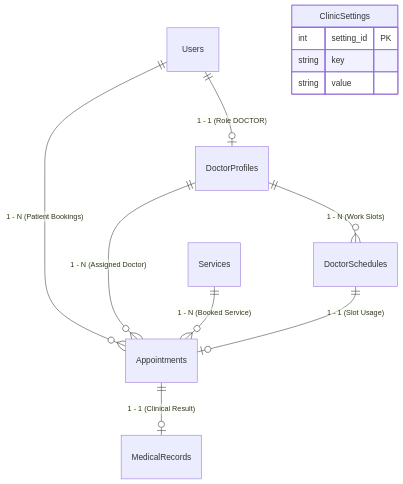
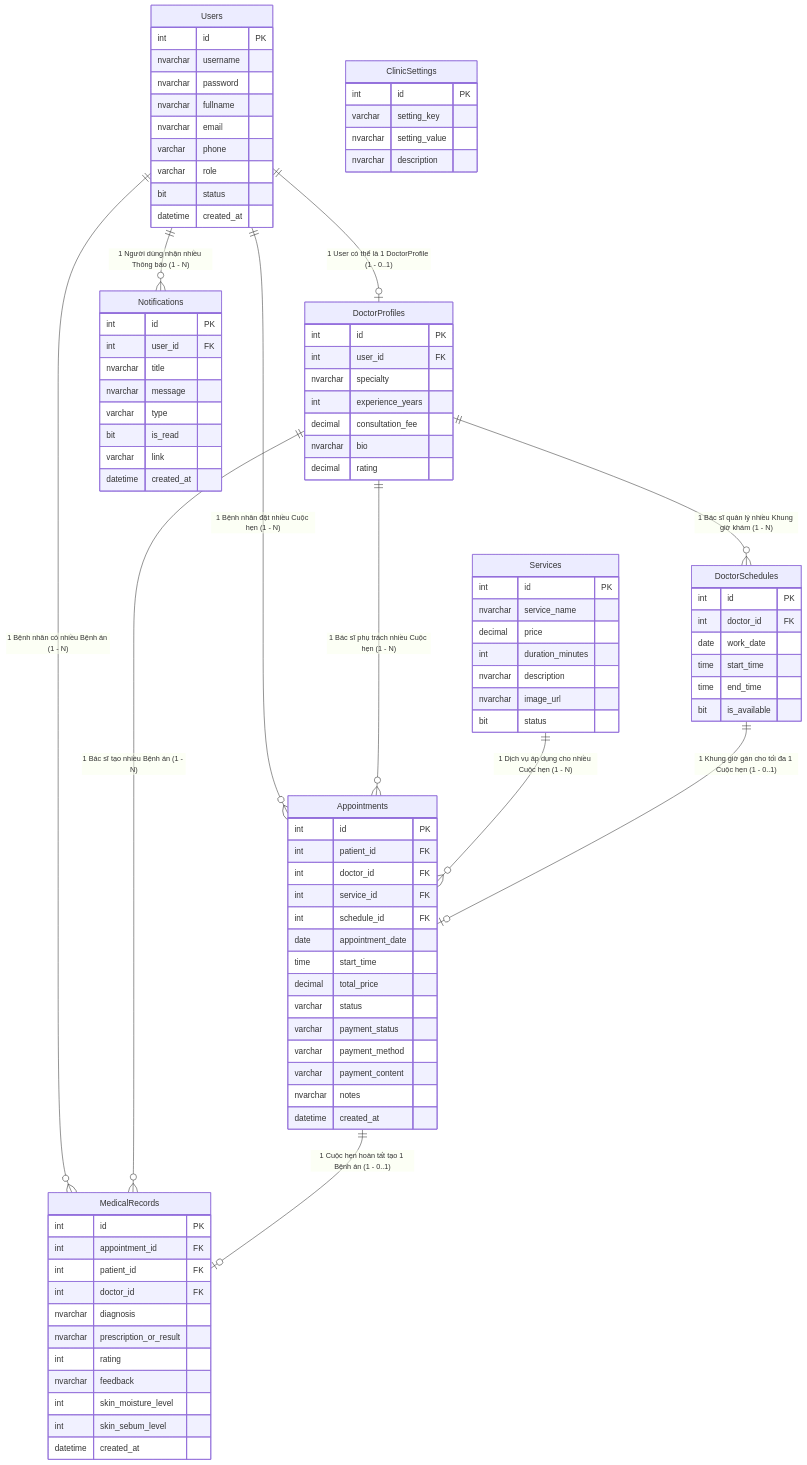
The third of 7 diagrams in Topic_Proposal_PRJ301.md (Duykhobo/PRJ301_Clinic), drawn with Mermaid before and after one commit. The commit also changed other lines of this file and 43 other files, not shown here.

Commit message:
feat: initialize clinic management system core architecture, database, and base MVC components

````diff
--- a/Topic_Proposal_PRJ301.md
+++ b/Topic_Proposal_PRJ301.md
@@ -153,17 +153,106 @@
 ```mermaid
 erDiagram
-    Users ||--o| DoctorProfiles : "1 - 1 (Role DOCTOR)"
-    Users ||--o{ Appointments : "1 - N (Patient Bookings)"
-    DoctorProfiles ||--o{ DoctorSchedules : "1 - N (Work Slots)"
-    DoctorProfiles ||--o{ Appointments : "1 - N (Assigned Doctor)"
-    Services ||--o{ Appointments : "1 - N (Booked Service)"
-    DoctorSchedules ||--o| Appointments : "1 - 1 (Slot Usage)"
-    Appointments ||--o| MedicalRecords : "1 - 1 (Clinical Result)"
+    Users ||--o| DoctorProfiles : "1 User có thể là 1 DoctorProfile (1 - 0..1)"
+    Users ||--o{ Appointments : "1 Bệnh nhân đặt nhiều Cuộc hẹn (1 - N)"
+    Users ||--o{ MedicalRecords : "1 Bệnh nhân có nhiều Bệnh án (1 - N)"
+    Users ||--o{ Notifications : "1 Người dùng nhận nhiều Thông báo (1 - N)"
 
-    %% Bảng cấu hình độc lập, không cần nối dây trực tiếp vào Users để tránh sai thực thể
+    DoctorProfiles ||--o{ DoctorSchedules : "1 Bác sĩ quản lý nhiều Khung giờ khám (1 - N)"
+    DoctorProfiles ||--o{ Appointments : "1 Bác sĩ phụ trách nhiều Cuộc hẹn (1 - N)"
+    DoctorProfiles ||--o{ MedicalRecords : "1 Bác sĩ tạo nhiều Bệnh án (1 - N)"
+
+    Services ||--o{ Appointments : "1 Dịch vụ áp dụng cho nhiều Cuộc hẹn (1 - N)"
+    DoctorSchedules ||--o| Appointments : "1 Khung giờ gán cho tối đa 1 Cuộc hẹn (1 - 0..1)"
+
+    Appointments ||--o| MedicalRecords : "1 Cuộc hẹn hoàn tất tạo 1 Bệnh án (1 - 0..1)"
+
+    Users {
+        int id PK
+        nvarchar username
+        nvarchar password
+        nvarchar fullname
+        nvarchar email
+        varchar phone
+        varchar role
+        bit status
+        datetime created_at
+    }
+
+    DoctorProfiles {
+        int id PK
+        int user_id FK
+        nvarchar specialty
+        int experience_years
+        decimal consultation_fee
+        nvarchar bio
+        decimal rating
+    }
+
+    DoctorSchedules {
+        int id PK
+        int doctor_id FK
+        date work_date
+        time start_time
+        time end_time
+        bit is_available
+    }
+
+    Services {
+        int id PK
+        nvarchar service_name
+        decimal price
+        int duration_minutes
+        nvarchar description
+        nvarchar image_url
+        bit status
+    }
+
+    Appointments {
+        int id PK
+        int patient_id FK
+        int doctor_id FK
+        int service_id FK
+        int schedule_id FK
+        date appointment_date
+        time start_time
+        decimal total_price
+        varchar status
+        varchar payment_status
+        varchar payment_method
+        varchar payment_content
+        nvarchar notes
+        datetime created_at
+    }
+
+    MedicalRecords {
+        int id PK
+        int appointment_id FK
+        int patient_id FK
+        int doctor_id FK
+        nvarchar diagnosis
+        nvarchar prescription_or_result
+        int rating
+        nvarchar feedback
+        int skin_moisture_level
+        int skin_sebum_level
+        datetime created_at
+    }
+
+    Notifications {
+        int id PK
+        int user_id FK
+        nvarchar title
+        nvarchar message
+        varchar type
+        bit is_read
+        varchar link
+        datetime created_at
+    }
+
     ClinicSettings {
-        int setting_id PK
-        string key
-        string value
+        int id PK
+        varchar setting_key
+        nvarchar setting_value
+        nvarchar description
     }
 ```
````
